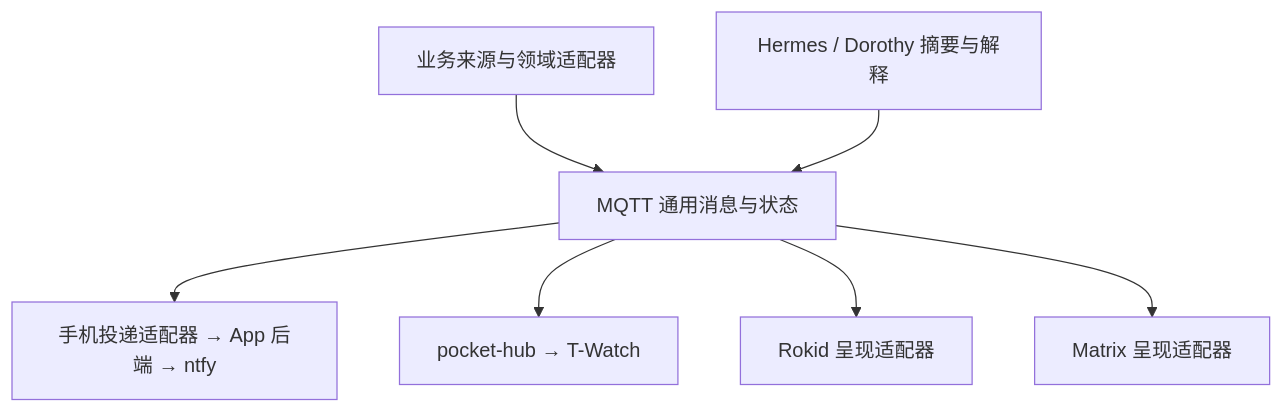
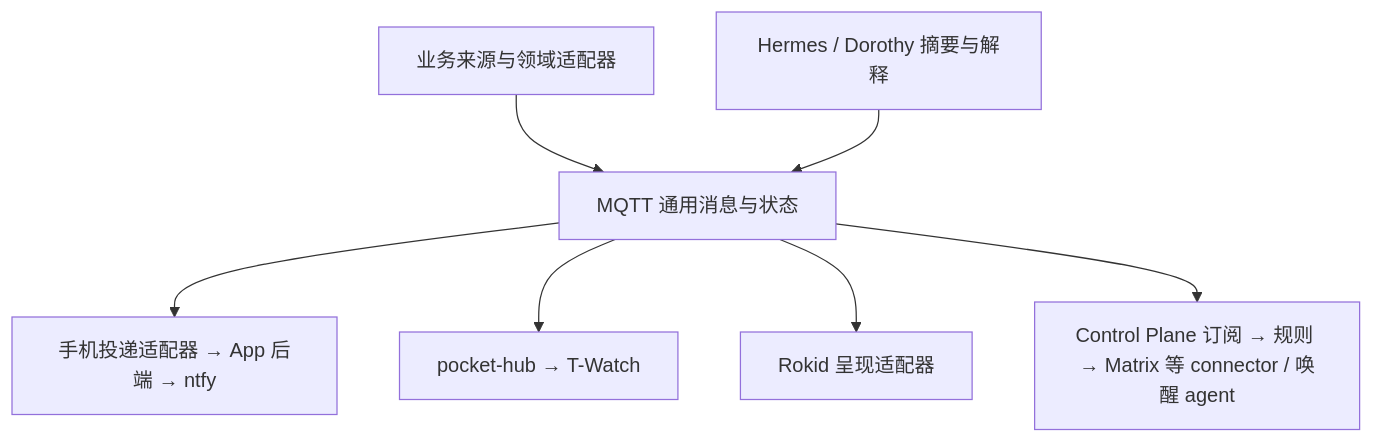
One commit to clown139880/agent-bridge changed the diagram in docs/personal-message-center.zh.md. Above: the diagram before and after it, drawn with Mermaid. The commit also changed other lines of this file and 14 other files, not shown here.

First line of the commit message:
feat(events): the Control Plane subscribes to the event bus; rules fire on events and stale heartbeats

````diff
--- a/docs/personal-message-center.zh.md
+++ b/docs/personal-message-center.zh.md
@@ -51,9 +51,9 @@
 ```mermaid
 flowchart TD
     S[业务来源与领域适配器] --> B[MQTT 通用消息与状态]
     H[Hermes / Dorothy 摘要与解释] --> B
     B --> A[手机投递适配器 → App 后端 → ntfy]
     B --> P[pocket-hub → T-Watch]
     B --> R[Rokid 呈现适配器]
-    B --> M[Matrix 呈现适配器]
+    B --> M[Control Plane 订阅 → 规则 → Matrix 等 connector / 唤醒 agent]
 ```
````
